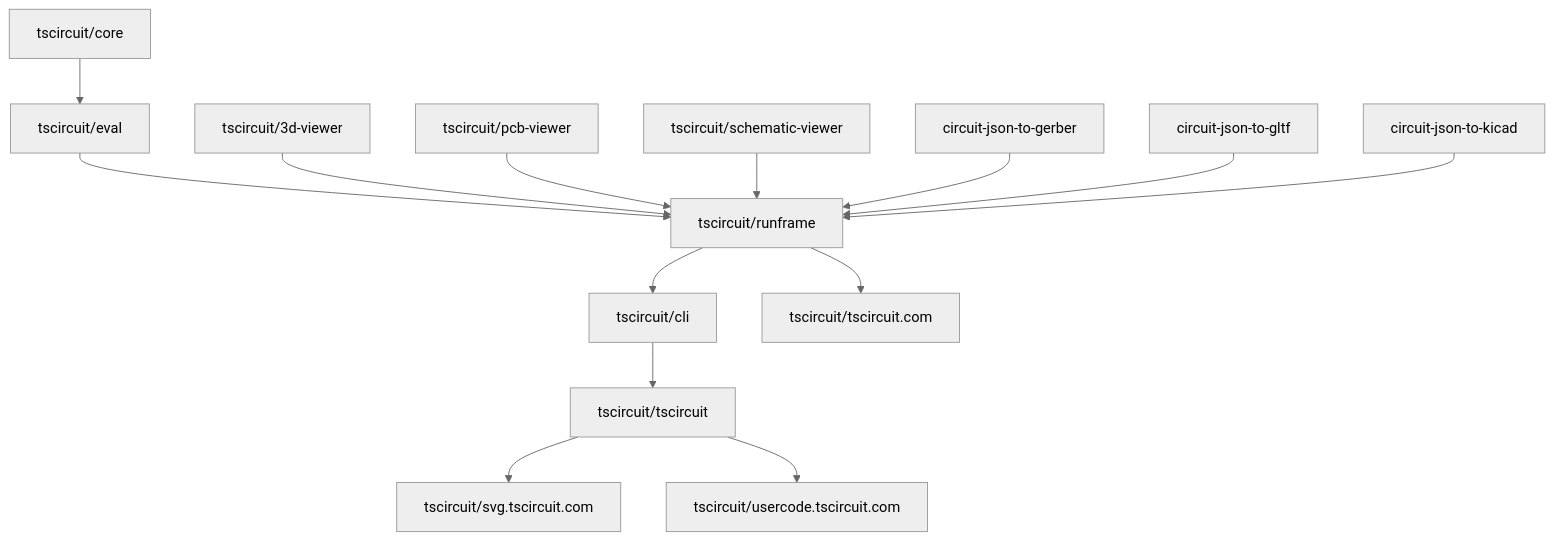
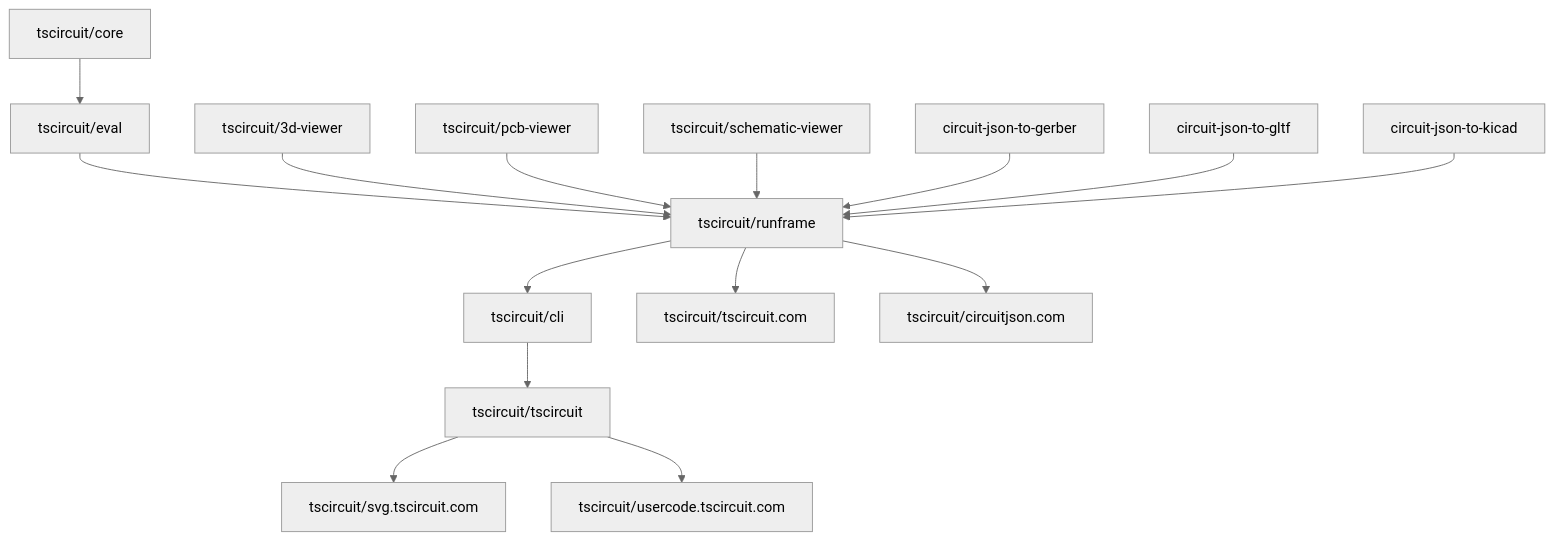
Before and after one commit to tscircuit/docs: the diagram in docs/contributing/package-dependencies-and-auto-updates.mdx, drawn with Mermaid (neutral theme).

Commit message:
Add runframe command for circuitjson.com (#469)
* Add runframe command for circuitjson.com

Added a new runframe command to link to circuitjson.com.

* Update package-dependencies-and-auto-updates.mdx

````diff
--- a/docs/contributing/package-dependencies-and-auto-updates.mdx
+++ b/docs/contributing/package-dependencies-and-auto-updates.mdx
@@ -14,40 +14,43 @@
 ```mermaid
 flowchart TD
 
     %% Core to Eval
     core[tscircuit/core] --> eval[tscircuit/eval]
 
     %% Eval to Runframe
     eval --> runframe[tscircuit/runframe]
 
     %% 3D Viewer to Runframe
     viewer3d[tscircuit/3d-viewer] --> runframe
 
     %% PCB Viewer to Runframe
     pcbviewer[tscircuit/pcb-viewer] --> runframe
 
     %% Schematic Viewer to Runframe
     schemaviewer[tscircuit/schematic-viewer] --> runframe
 
     %% Circuit JSON to Gerber to Runframe
     circuitjsontogerber[circuit-json-to-gerber] --> runframe
 
     %% Circuit JSON to GLTF to Runframe
     circuitjsontogltf[circuit-json-to-gltf] --> runframe
 
     %% Circuit JSON to KiCad to Runframe
     circuitjsontokicad[circuit-json-to-kicad] --> runframe
 
     %% Runframe to CLI
     runframe --> cli[tscircuit/cli]
 
     %% Runframe to tscircuit.com
     runframe --> tscircuitcom[tscircuit/tscircuit.com]
+
+    %% Runframe to circuitjson.com
+    runframe --> circuitjsoncom[tscircuit/circuitjson.com]
     
     %% CLI to Tscircuit
     cli --> tscircuit[tscircuit/tscircuit]
 
     %% Tscircuit to web services
     tscircuit --> svg[tscircuit/svg.tscircuit.com]
     tscircuit --> usercode[tscircuit/usercode.tscircuit.com]
 ```
````
